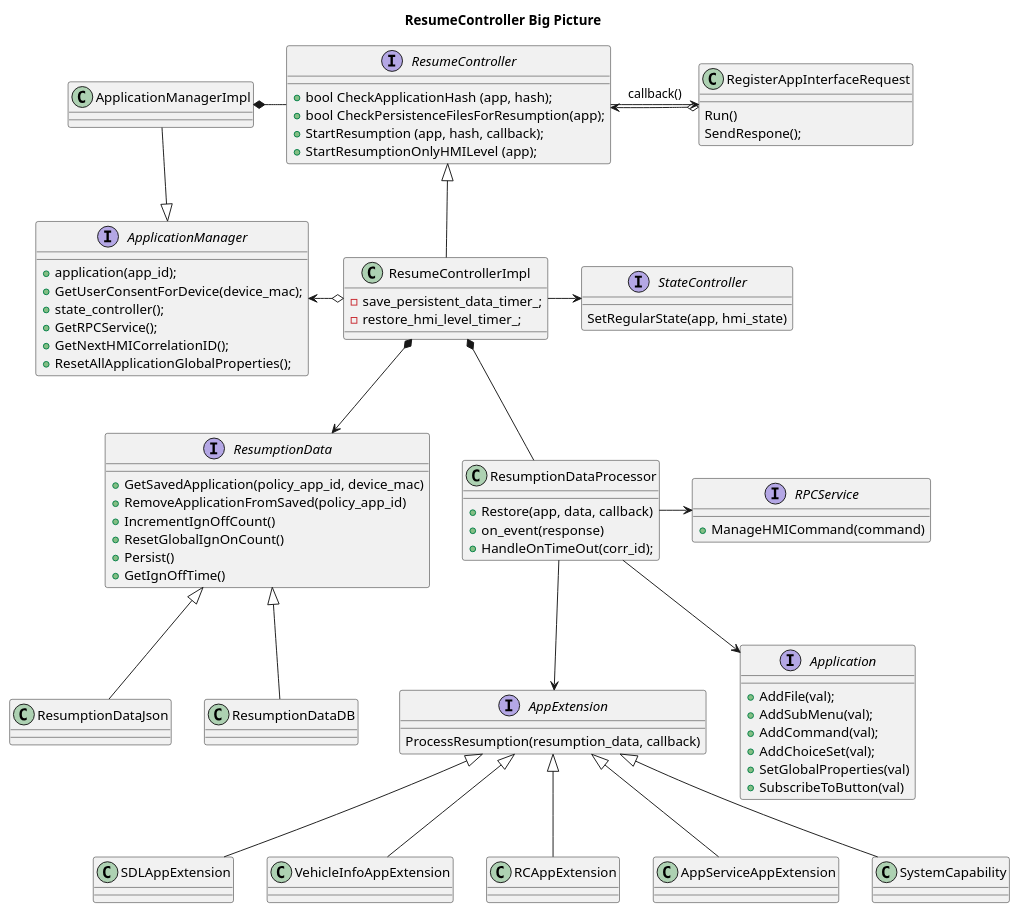
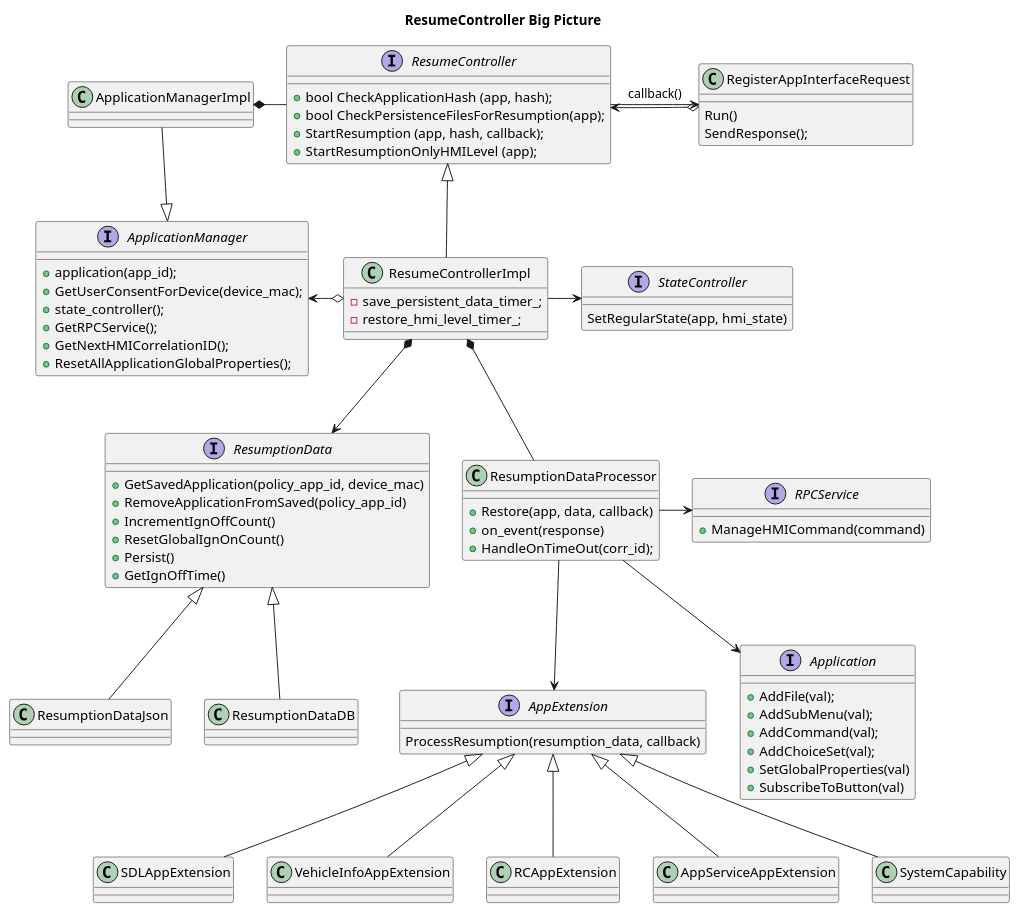
Before and after one commit to smartdevicelink/sdl_core_guides: the diagram in docs/Developer Documentation/ResumeController/assets/resume_controller_classes.puml, drawn with PlantUML. The commit also changed 2 other files, not shown here.

```diff
--- a/docs/Developer Documentation/ResumeController/assets/resume_controller_classes.puml
+++ b/docs/Developer Documentation/ResumeController/assets/resume_controller_classes.puml
@@ -1,101 +1,101 @@
 @startuml
 
 title ResumeController Big Picture
 
 interface ApplicationManager {
   + application(app_id);
   + GetUserConsentForDevice(device_mac);
   + state_controller();
   + GetRPCService();
   + GetNextHMICorrelationID();
   + ResetAllApplicationGlobalProperties();
 }
 class ApplicationManagerImpl
 ApplicationManagerImpl -down-|> ApplicationManager
 
 interface ResumeController {
   + bool CheckApplicationHash (app, hash);
   + bool CheckPersistenceFilesForResumption(app);
   + StartResumption (app, hash, callback);
   + StartResumptionOnlyHMILevel (app);
 } 
 
 interface ResumptionData {
   + GetSavedApplication(policy_app_id, device_mac)
   + RemoveApplicationFromSaved(policy_app_id)
   + IncrementIgnOffCount()
   + ResetGlobalIgnOnCount()
   + Persist()
   + GetIgnOffTime()
 }
 
 class ResumptionDataJson
 ResumptionDataJson -up-|> ResumptionData
 class ResumptionDataDB
 ResumptionDataDB -up-|> ResumptionData
 
 class ResumeControllerImpl {
   - save_persistent_data_timer_;
   - restore_hmi_level_timer_;
 }
 
 interface StateController {
   SetRegularState(app, hmi_state)
 }
 
 ResumeControllerImpl -right-> StateController
 
 ResumeControllerImpl *--> ResumptionData 
 
 ResumeControllerImpl -up-|> ResumeController
 RegisterAppInterfaceRequest o-left-> ResumeController
 ResumeController --> RegisterAppInterfaceRequest : callback()
 
 ApplicationManagerImpl *- ResumeController  
 ResumeControllerImpl o-left-> ApplicationManager
 
 class RegisterAppInterfaceRequest {
   Run()
-  SendRespone();
+  SendResponse();
 }
 
 
 
 class ResumptionDataProcessor {
   + Restore(app, data, callback)
   + on_event(response)
   + HandleOnTimeOut(corr_id);
 }
 
 ResumeControllerImpl *-- ResumptionDataProcessor 
 
 interface AppExtension {
   ProcessResumption(resumption_data, callback)
 }
 
 interface Application {
   + AddFile(val);
   + AddSubMenu(val);
   + AddCommand(val);
   + AddChoiceSet(val);
   + SetGlobalProperties(val)
   + SubscribeToButton(val)
 }
 
 
 ResumptionDataProcessor --> AppExtension
 ResumptionDataProcessor --> Application
 
 interface RPCService {
   + ManageHMICommand(command)
 }
 
 ResumptionDataProcessor -right-> RPCService
 
 SDLAppExtension -up-|> AppExtension
 VehicleInfoAppExtension -up-|> AppExtension
 RCAppExtension -up-|> AppExtension
 AppServiceAppExtension -up-|> AppExtension
 SystemCapability -up-|> AppExtension
 
 @enduml
```
